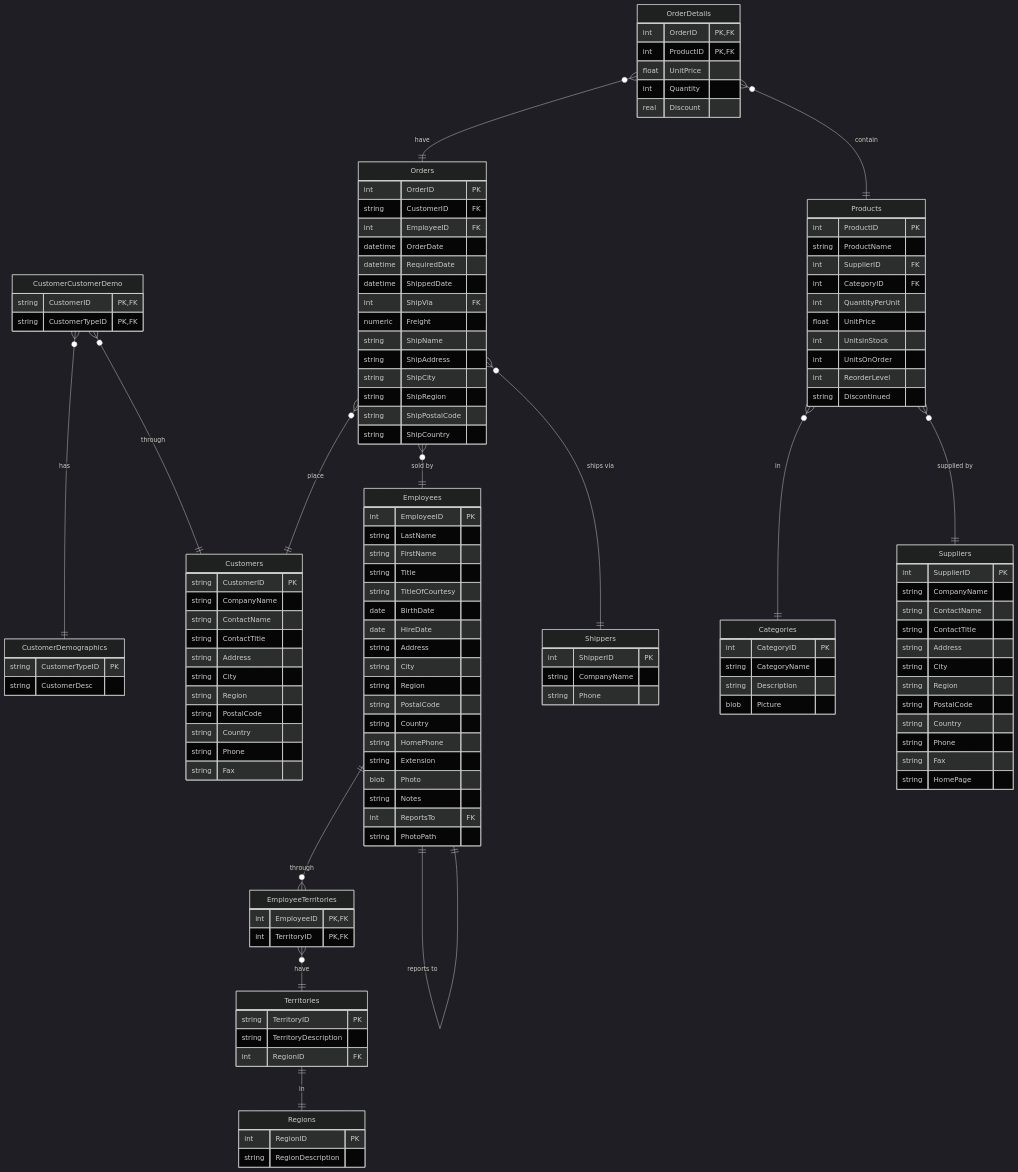
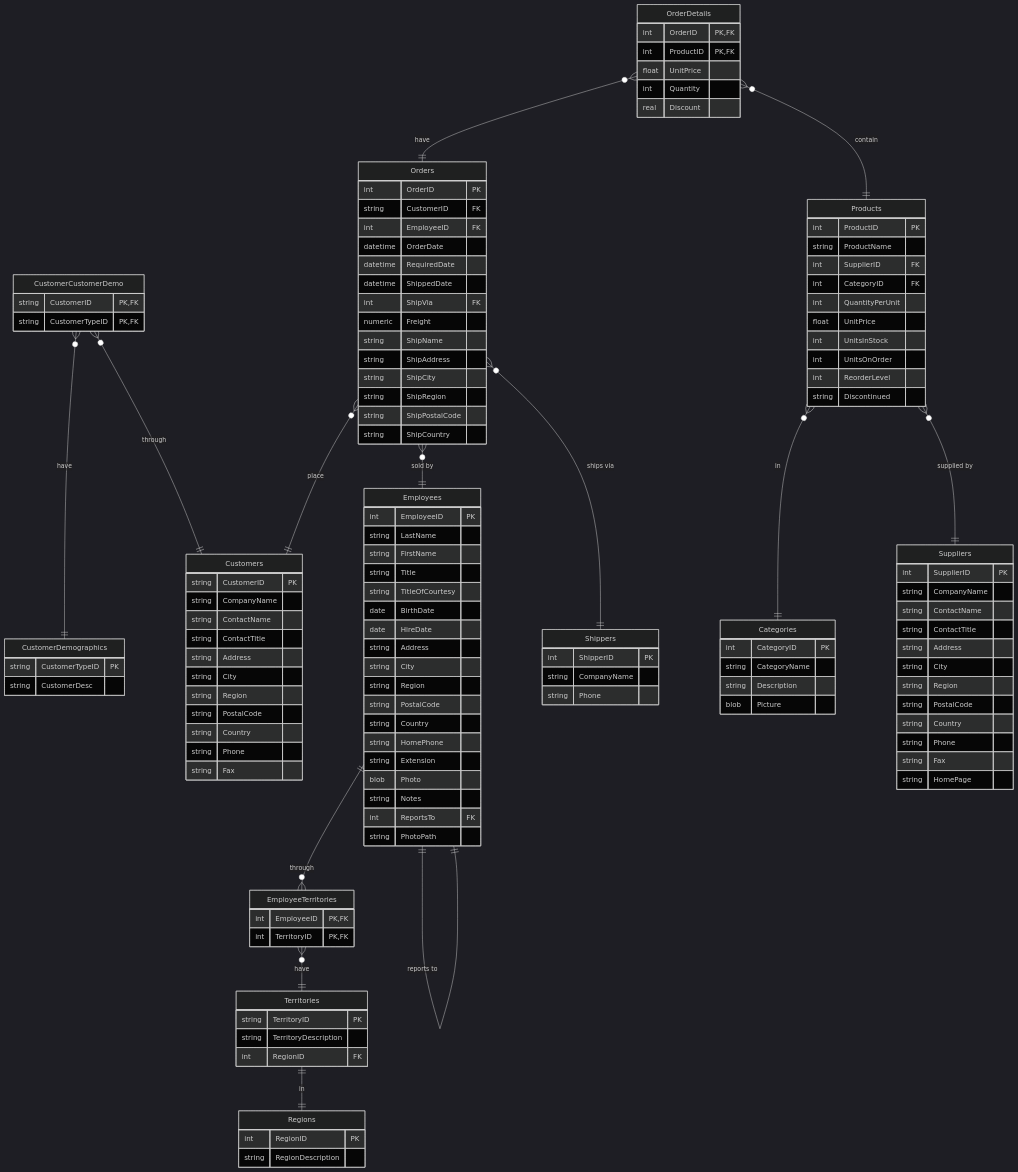
One commit to jpwhite3/northwind-SQLite3 changed the diagram in README.md. Above: the diagram before and after it, drawn with Mermaid (dark theme).

Commit message:
Updating relationships

````diff
--- a/README.md
+++ b/README.md
@@ -15,6 +15,6 @@
 ```mermaid
 erDiagram
-    CustomerCustomerDemo }o--|| CustomerDemographics : has
+    CustomerCustomerDemo }o--|| CustomerDemographics : have
     CustomerCustomerDemo }o--|| Customers : through
     Employees ||--|| Employees : "reports to"
     Employees ||--o{ EmployeeTerritories : through
````
